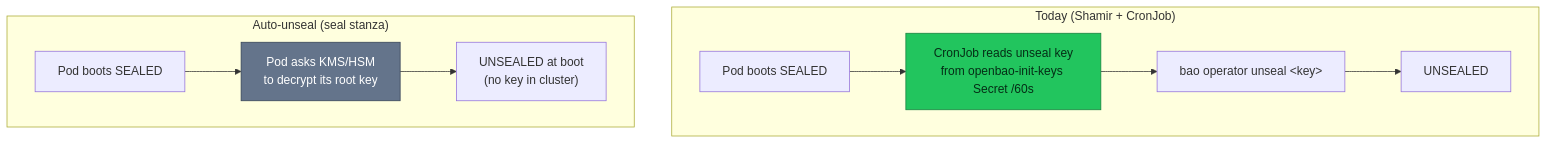
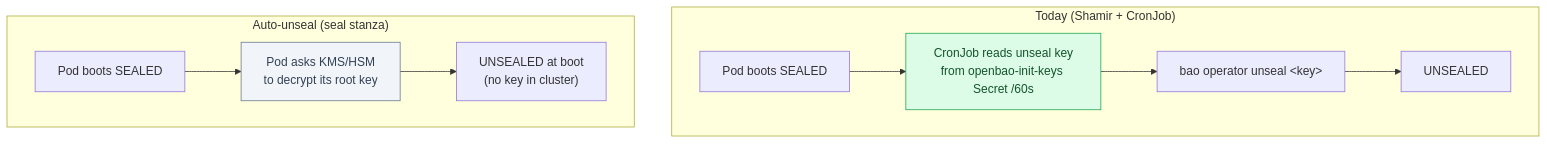
One commit to duynhlab/homelab changed the first of 2 diagrams in docs/proposals/rfc/RFC-0008/research.md. Above: the diagram before and after it, drawn with Mermaid. The commit also changed other lines of this file and 174 other files, not shown here.

First line of the commit message:
Soft-tint diagram palette, a signal-flow diagram, a Linux-ready Draw.io skill

````diff
--- a/docs/proposals/rfc/RFC-0008/research.md
+++ b/docs/proposals/rfc/RFC-0008/research.md
@@ -115,14 +115,14 @@
 ```mermaid
 flowchart TD
     subgraph now["Today (Shamir + CronJob)"]
         S1["Pod boots SEALED"] --> C1["CronJob reads unseal key<br/>from openbao-init-keys Secret /60s"]
         C1 --> U1["bao operator unseal &lt;key&gt;"] --> R1["UNSEALED"]
     end
     subgraph auto["Auto-unseal (seal stanza)"]
         S2["Pod boots SEALED"] --> K2["Pod asks KMS/HSM<br/>to decrypt its root key"]
         K2 --> R2["UNSEALED at boot<br/>(no key in cluster)"]
     end
-    classDef data fill:#22c55e,color:#052e16,stroke:#15803d;
-    classDef external fill:#64748b,color:#fff,stroke:#334155;
+    classDef data fill:#dcfce7,color:#14532d,stroke:#16a34a;
+    classDef external fill:#f1f5f9,color:#334155,stroke:#64748b;
     class C1 data; class K2 external;
 ```
````
